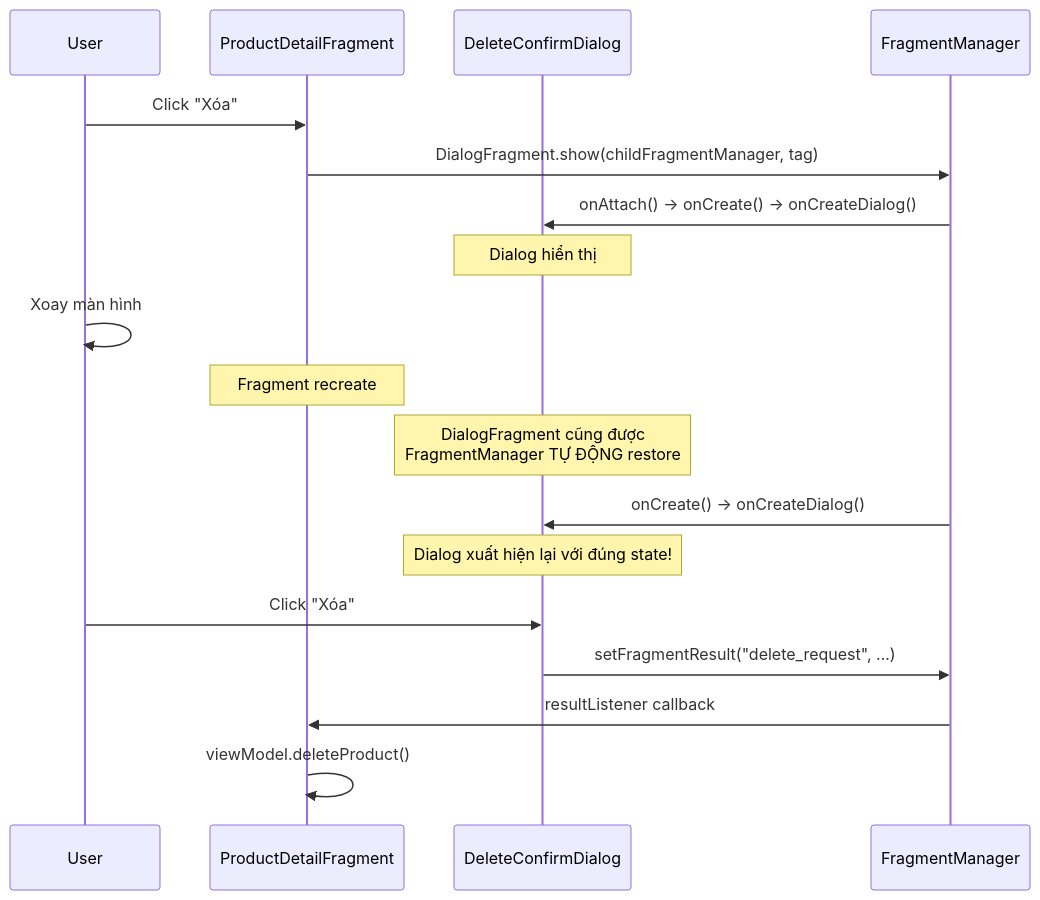
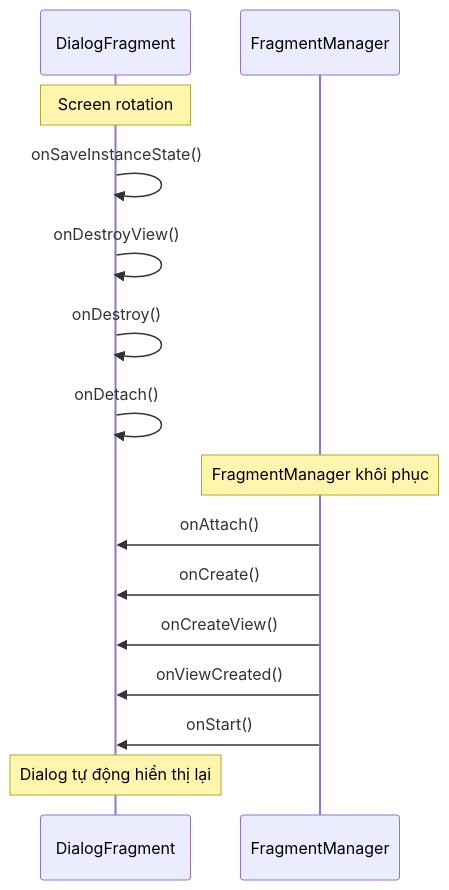
The third of 4 diagrams in knowledge/android/docs/session_04/components/fragment/dialog_and_dialogfragment.md (h1eu/knowledge), drawn with Mermaid before and after one commit. The commit also changed other lines of this file and 80 other files, not shown here.

First line of the commit message:
docs(android): rewrite Session 01, add Claude Code config and diagrams

````diff
--- a/knowledge/android/docs/session_04/components/fragment/dialog_and_dialogfragment.md
+++ b/knowledge/android/docs/session_04/components/fragment/dialog_and_dialogfragment.md
@@ -150,23 +168,19 @@
 ```mermaid
 sequenceDiagram
-    participant User
-    participant Frag as ProductDetailFragment
-    participant DFrag as DeleteConfirmDialog
+    participant DF as DialogFragment
     participant FM as FragmentManager
-
-    User->>Frag: Click "Xóa"
-    Frag->>FM: DialogFragment.show(childFragmentManager, tag)
-    FM->>DFrag: onAttach() → onCreate() → onCreateDialog()
-    Note over DFrag: Dialog hiển thị
-
-    User->>User: Xoay màn hình
-    Note over Frag: Fragment recreate
-    Note over DFrag: DialogFragment cũng được<br/>FragmentManager TỰ ĐỘNG restore
-    FM->>DFrag: onCreate() → onCreateDialog()
-    Note over DFrag: Dialog xuất hiện lại với đúng state!
-
-    User->>DFrag: Click "Xóa"
-    DFrag->>FM: setFragmentResult("delete_request", ...)
-    FM->>Frag: resultListener callback
-    Frag->>Frag: viewModel.deleteProduct()
+    
+    Note over DF: Screen rotation
+    DF->>DF: onSaveInstanceState()
+    DF->>DF: onDestroyView()
+    DF->>DF: onDestroy()
+    DF->>DF: onDetach()
+    
+    Note over FM: FragmentManager khôi phục
+    FM->>DF: onAttach()
+    FM->>DF: onCreate()
+    FM->>DF: onCreateView()
+    FM->>DF: onViewCreated()
+    FM->>DF: onStart()
+    Note over DF: Dialog tự động hiển thị lại
 ```
````
